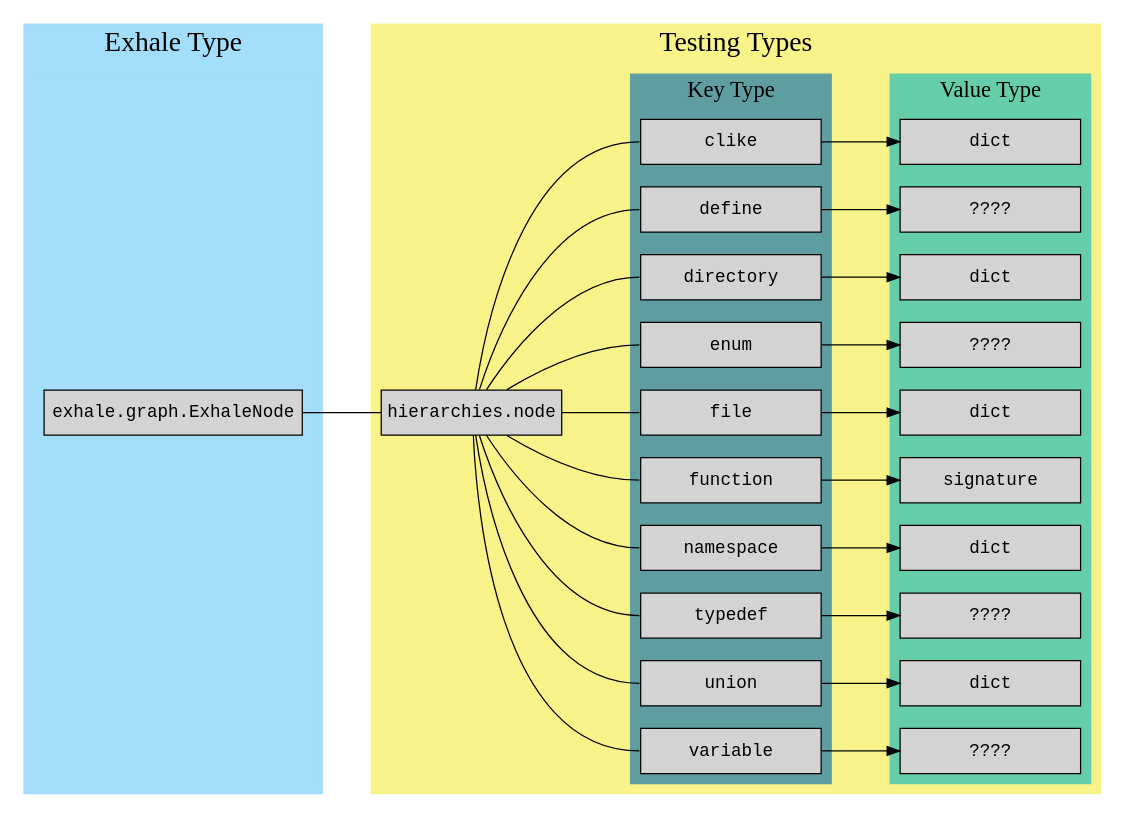
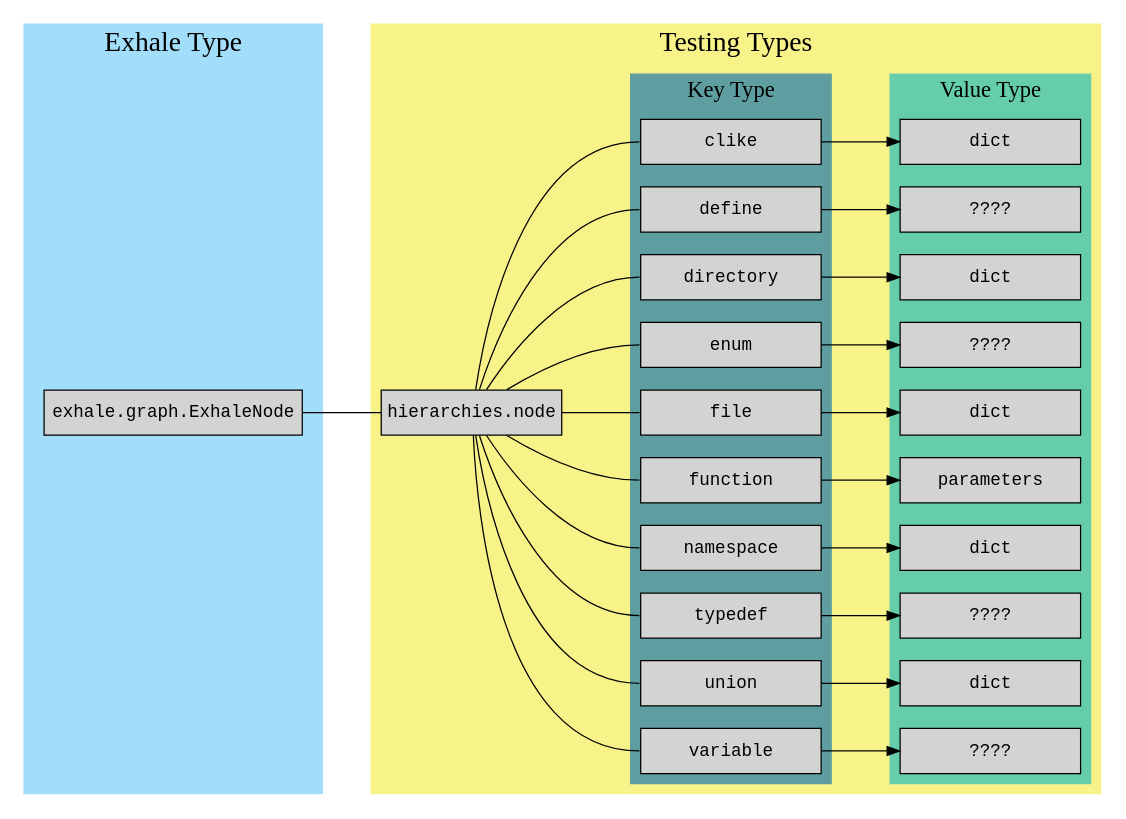
The second of 2 diagrams in docs/testing/hierarchies.rst (svenevs/exhale), drawn with Graphviz before and after one commit. The commit also changed other lines of this file and 6 other files, not shown here.

First line of the commit message:
kind=function rename: signature => parameters

```diff
--- a/docs/testing/hierarchies.rst
+++ b/docs/testing/hierarchies.rst
@@ -154,7 +154,7 @@
          v_directory [label="dict"];
          v_enum      [label="????"];
          v_file      [label="dict"];
-         v_function  [label="signature"];
+         v_function  [label="parameters"];
          v_namespace [label="dict"];
          v_typedef   [label="????"];
          v_union     [label="dict"];
```
